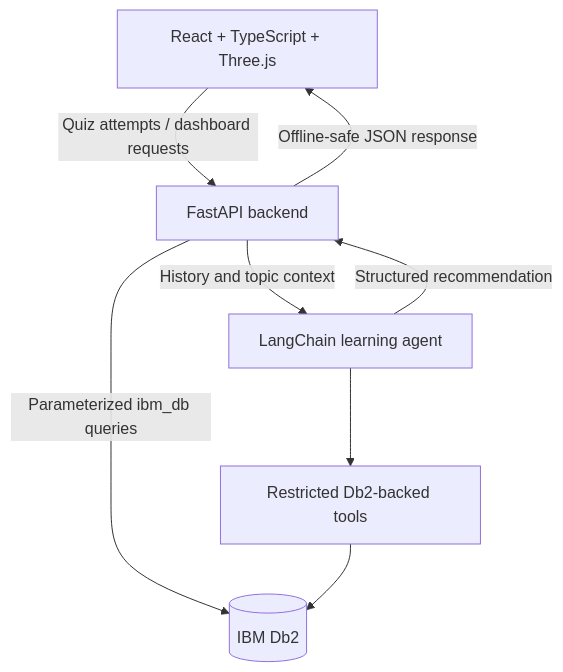
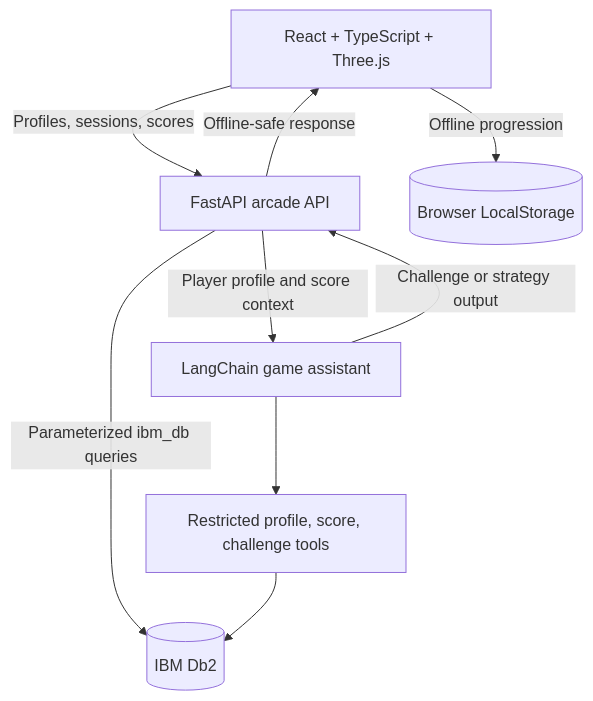
One commit to KunalGolaIBM/IBM_Db2_TechX_Project_Submission changed the diagram in submissions/bootcamp-runner-ai/architecture.md. Above: the diagram before and after it, drawn with Mermaid. The commit also changed other lines of this file and 21 other files, not shown here.

````diff
--- a/submissions/bootcamp-runner-ai/architecture.md
+++ b/submissions/bootcamp-runner-ai/architecture.md
@@ -7,10 +7,11 @@
 ```mermaid
 graph TD
-    Browser[React + TypeScript + Three.js] -->|Quiz attempts / dashboard requests| API[FastAPI backend]
+    Browser[React + TypeScript + Three.js] -->|Profiles, sessions, scores| API[FastAPI arcade API]
+    Browser -->|Offline progression| LocalStorage[(Browser LocalStorage)]
     API -->|Parameterized ibm_db queries| Db2[(IBM Db2)]
-    API -->|History and topic context| Agent[LangChain learning agent]
-    Agent --> Tools[Restricted Db2-backed tools]
+    API -->|Player profile and score context| Agent[LangChain game assistant]
+    Agent --> Tools[Restricted profile, score, challenge tools]
     Tools --> Db2
-    Agent -->|Structured recommendation| API
-    API -->|Offline-safe JSON response| Browser
+    Agent -->|Challenge or strategy output| API
+    API -->|Offline-safe response| Browser
 ```
````
